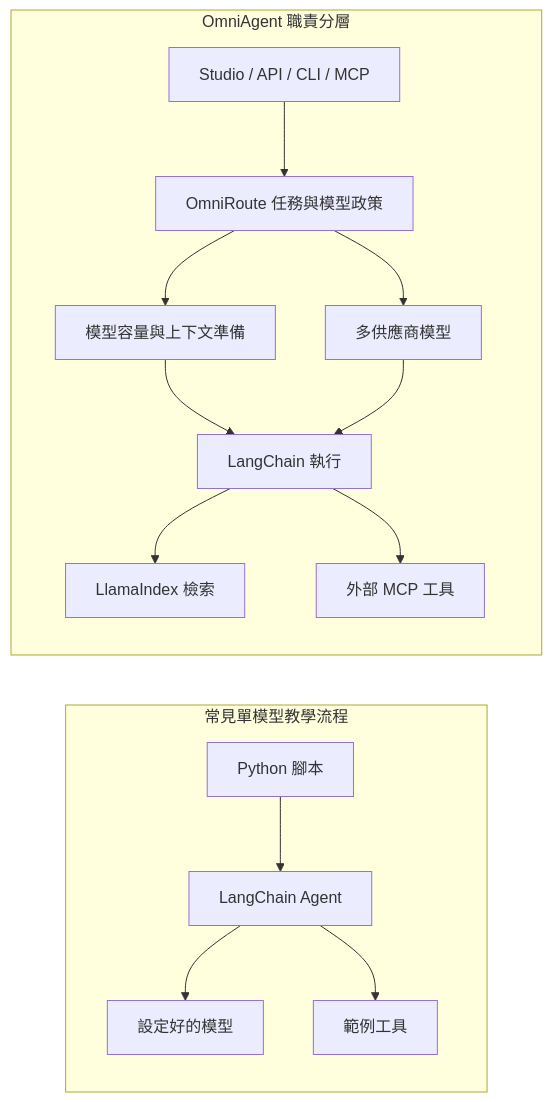
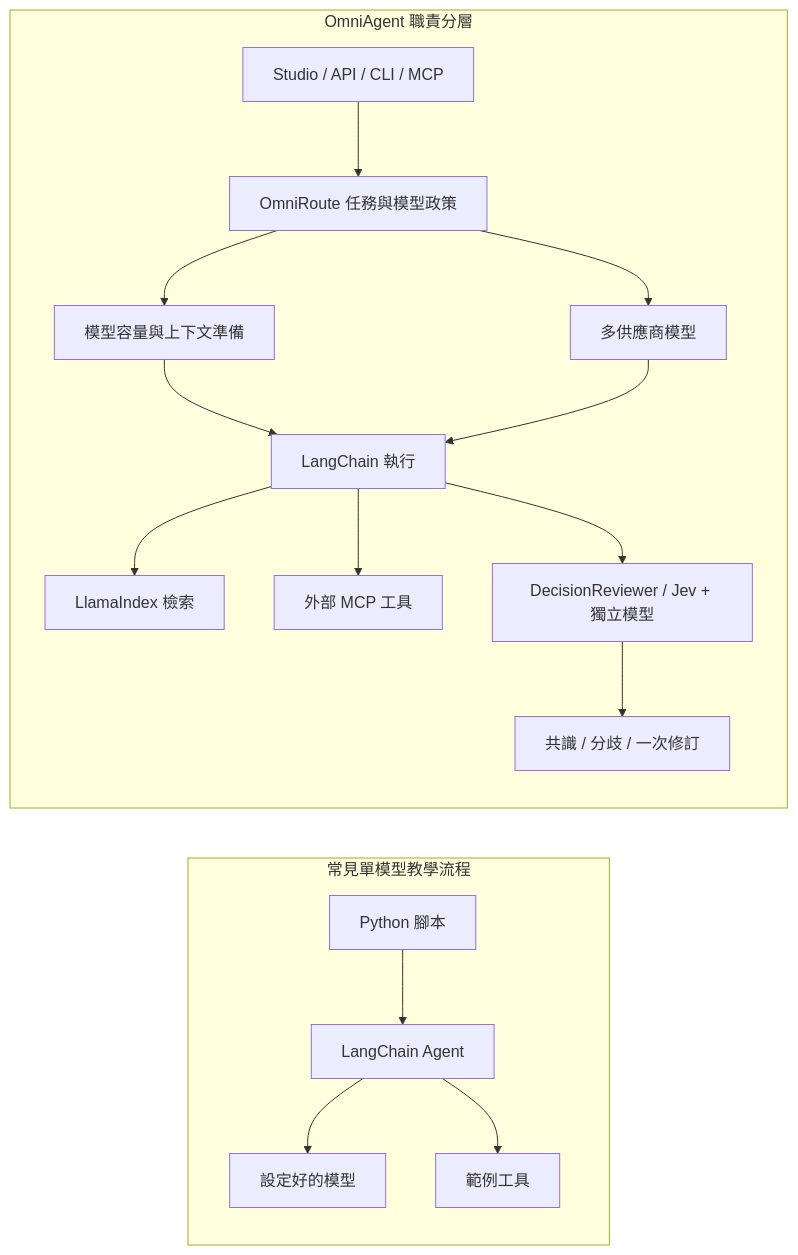
Before and after one commit to JingLunHuang/LangChain: the diagram in agent-platform/README.md, drawn with Mermaid. The commit also changed other lines of this file and 15 other files, not shown here.

````diff
--- a/agent-platform/README.md
+++ b/agent-platform/README.md
@@ -22,17 +23,19 @@
 ```mermaid
 flowchart LR
     subgraph Typical[常見單模型教學流程]
         Script[Python 腳本] --> Chain[LangChain Agent]
         Chain --> One[設定好的模型]
         Chain --> Tool[範例工具]
     end
     subgraph Platform[OmniAgent 職責分層]
         Entry[Studio / API / CLI / MCP] --> Router[OmniRoute 任務與模型政策]
         Router --> Budget[模型容量與上下文準備]
         Budget --> Execute[LangChain 執行]
         Router --> Models[多供應商模型]
         Models --> Execute
         Execute --> Index[LlamaIndex 檢索]
         Execute --> Protocol[外部 MCP 工具]
+        Execute --> Review[DecisionReviewer / Jev + 獨立模型]
+        Review --> Outcome[共識 / 分歧 / 一次修訂]
     end
 ```
````
